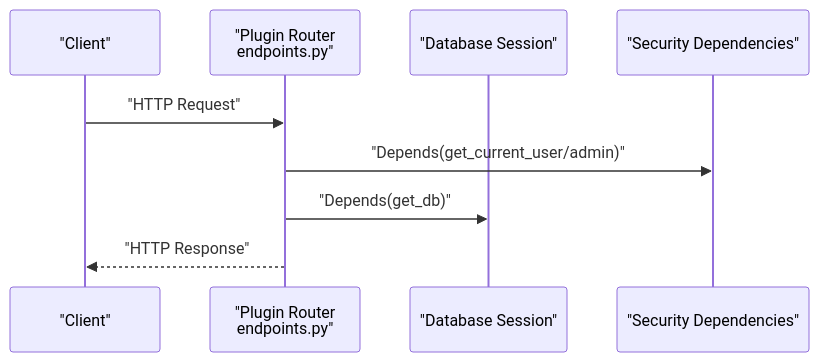
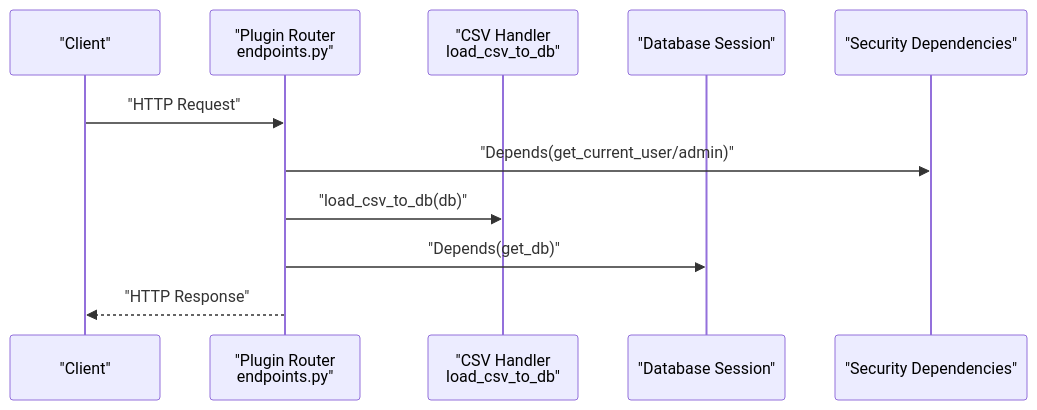
One commit to Nikita5543/New-SSO-02 changed the fifth of 15 diagrams in .qoder/repowiki/en/content/Plugin System Architecture/Plugin System Architecture.md. Above: the diagram before and after it, drawn with Mermaid. The commit also changed other lines of this file and 2 other files, not shown here.

````diff
--- a/.qoder/repowiki/en/content/Plugin System Architecture/Plugin System Architecture.md
+++ b/.qoder/repowiki/en/content/Plugin System Architecture/Plugin System Architecture.md
@@ -210,11 +240,13 @@
 ```mermaid
 sequenceDiagram
 participant Client as "Client"
 participant Router as "Plugin Router<br/>endpoints.py"
+participant CSV as "CSV Handler<br/>load_csv_to_db"
 participant DB as "Database Session"
 participant Sec as "Security Dependencies"
 Client->>Router : "HTTP Request"
 Router->>Sec : "Depends(get_current_user/admin)"
+Router->>CSV : "load_csv_to_db(db)"
 Router->>DB : "Depends(get_db)"
 Router-->>Client : "HTTP Response"
 ```
````
